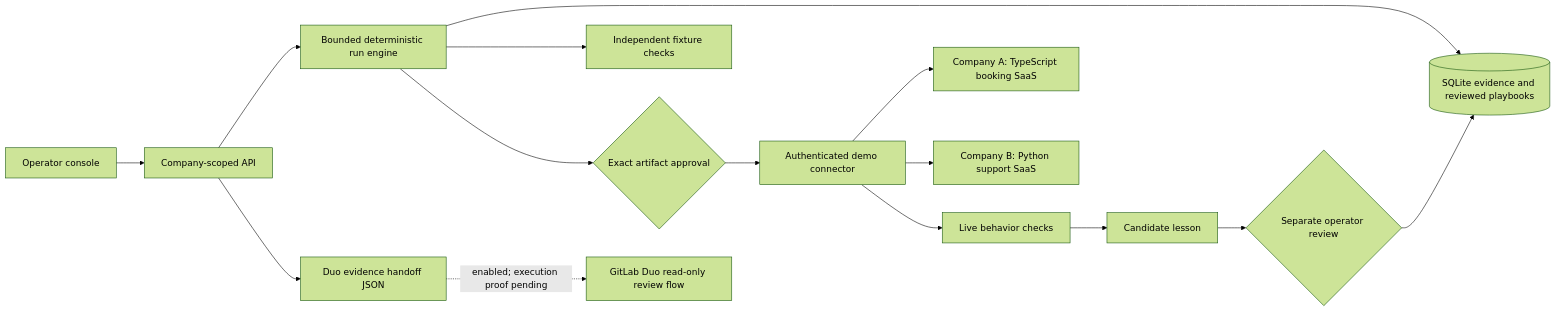
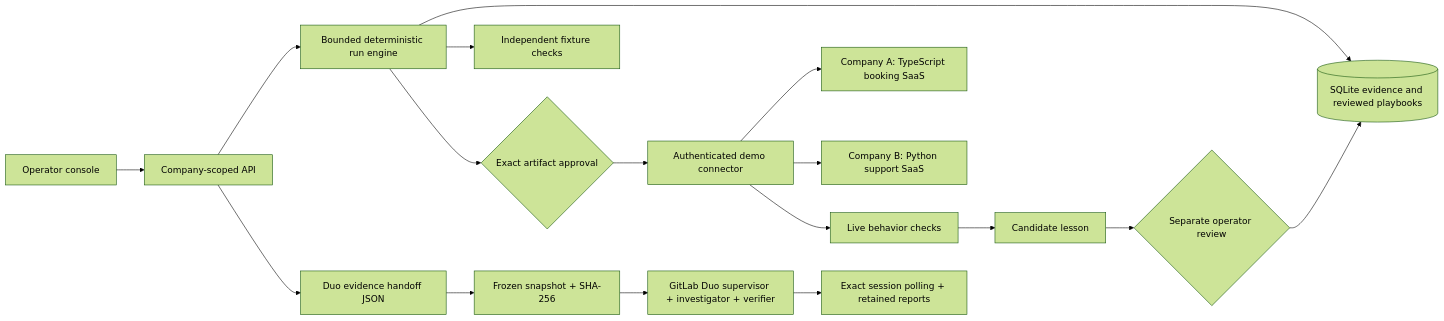
Before and after one commit to Jassi2004/transcend-maya: the diagram in docs/ARCHITECTURE.md, drawn with Mermaid (forest theme). The commit also changed other lines of this file and 22 other files, not shown here.

Commit message:
Connect per-run evidence reviews to real GitLab Duo sessions

````diff
--- a/docs/ARCHITECTURE.md
+++ b/docs/ARCHITECTURE.md
@@ -3,17 +3,19 @@
 ```mermaid
 flowchart LR
   UI[Operator console] --> API[Company-scoped API]
   API --> E[Bounded deterministic run engine]
   E --> M[(SQLite evidence and reviewed playbooks)]
   E --> V[Independent fixture checks]
   E --> A{Exact artifact approval}
   A --> C[Authenticated demo connector]
   C --> CA[Company A: TypeScript booking SaaS]
   C --> CB[Company B: Python support SaaS]
   C --> L[Live behavior checks]
   L --> R[Candidate lesson]
   R --> H{Separate operator review}
   H --> M
   API --> P[Duo evidence handoff JSON]
-  P -. enabled; execution proof pending .-> D[GitLab Duo read-only review flow]
+  P --> F[Frozen snapshot + SHA-256]
+  F --> D[GitLab Duo supervisor + investigator + verifier]
+  D --> S[Exact session polling + retained reports]
 ```
````
